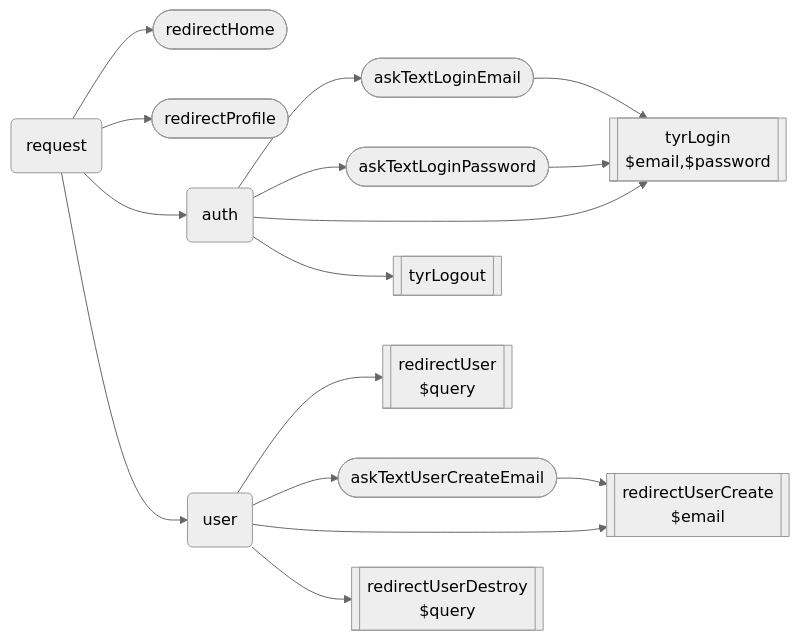
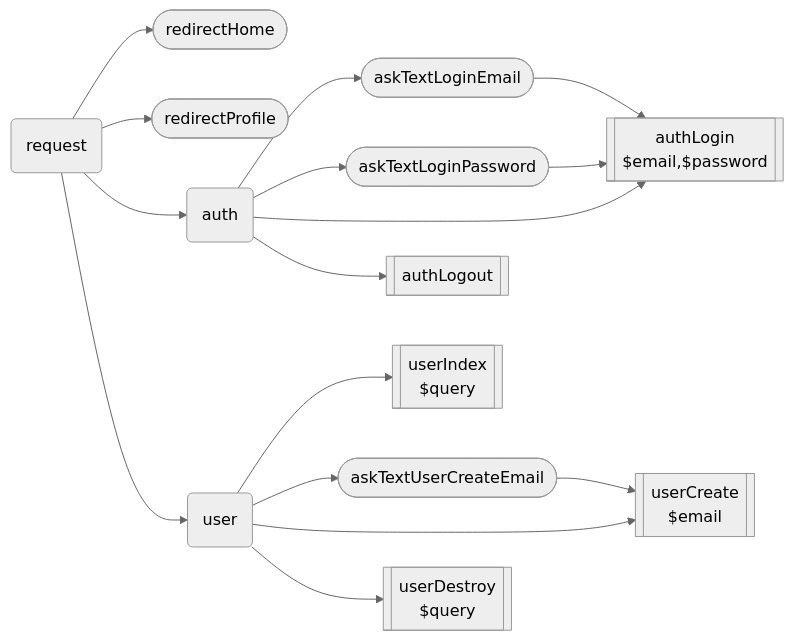
The diagram in resources/agent/flowchart.md (blocs/admin), drawn with Mermaid (neutral theme) before and after one commit. The commit also changed 8 other files, not shown here.

````diff
--- a/resources/agent/flowchart.md
+++ b/resources/agent/flowchart.md
@@ -1,22 +1,22 @@
 ```mermaid
 flowchart LR
     request(request) --> Home([redirectHome])
         request --> Profile([redirectProfile])
     request --> auth(auth)
         auth --> TextLoginEmail([askTextLoginEmail])
         auth --> TextLoginPassword([askTextLoginPassword])
-        auth --> Login[[tyrLogin
+        auth --> Login[[authLogin
         $email,$password]]
         TextLoginEmail --> Login
         TextLoginPassword --> Login
-        auth --> Logout[[tyrLogout]]
+        auth --> Logout[[authLogout]]
     request --> user(user)
-        user --> User[[redirectUser
+        user --> User[[userIndex
         $query]]
         user --> TextUserCreateEmail([askTextUserCreateEmail])
-        user --> UserCreate[[redirectUserCreate
+        user --> UserCreate[[userCreate
         $email]]
         TextUserCreateEmail --> UserCreate
-        user --> UserDestroy[[redirectUserDestroy
+        user --> UserDestroy[[userDestroy
         $query]]
 ```
````
